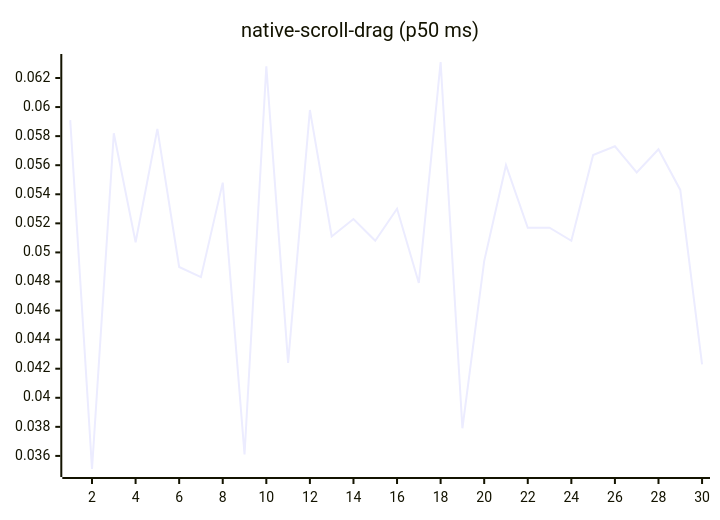
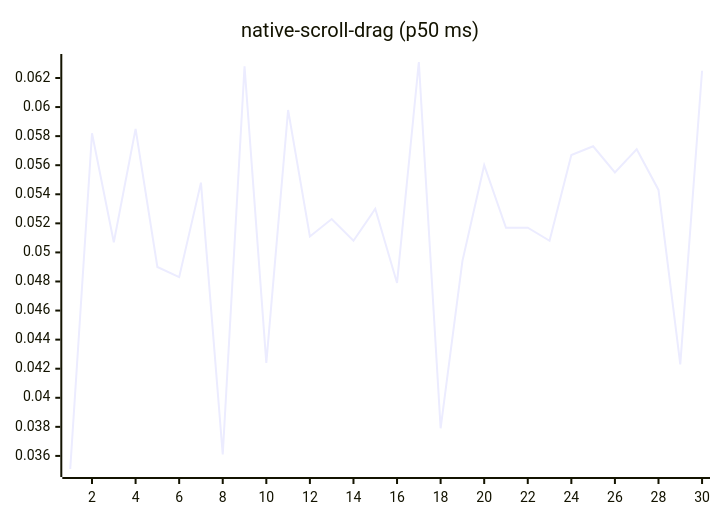
Diagram 14 of 27 in README.md (josha/Facet), drawn with Mermaid before and after one commit. The commit also changed other lines of this file and 2 other files, not shown here.

````diff
--- a/README.md
+++ b/README.md
@@ -154,6 +154,6 @@
 ```mermaid
 xychart-beta
     title "native-scroll-drag (p50 ms)"
     x-axis 1 --> 30
-    line [0.0591, 0.0351, 0.0582, 0.0507, 0.0585, 0.0490, 0.0483, 0.0548, 0.0361, 0.0628, 0.0424, 0.0598, 0.0511, 0.0523, 0.0508, 0.0530, 0.0479, 0.0631, 0.0379, 0.0494, 0.0560, 0.0517, 0.0517, 0.0508, 0.0567, 0.0573, 0.0555, 0.0571, 0.0543, 0.0423]
+    line [0.0351, 0.0582, 0.0507, 0.0585, 0.0490, 0.0483, 0.0548, 0.0361, 0.0628, 0.0424, 0.0598, 0.0511, 0.0523, 0.0508, 0.0530, 0.0479, 0.0631, 0.0379, 0.0494, 0.0560, 0.0517, 0.0517, 0.0508, 0.0567, 0.0573, 0.0555, 0.0571, 0.0543, 0.0423, 0.0625]
 ```
````
